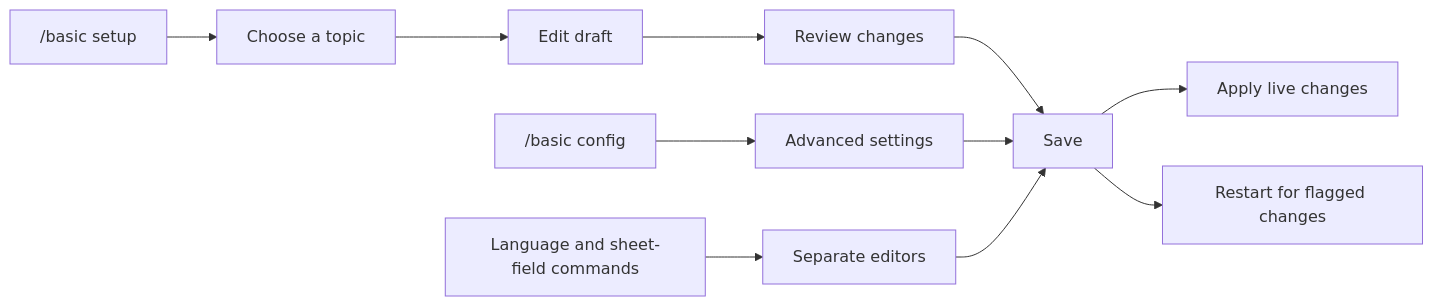
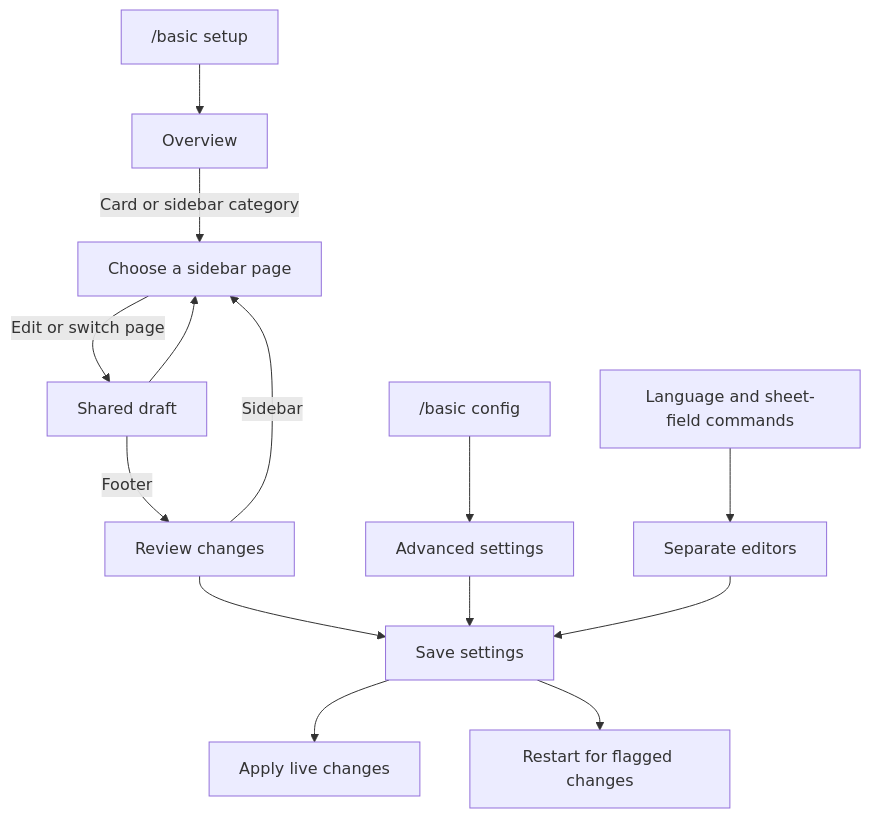
The first of 3 diagrams in mods-dll/thebasics/docs/FEATURES.md (BASIC-BIT/Vintage-Story-Mods), drawn with Mermaid before and after one commit. The commit also changed other lines of this file and 8 other files, not shown here.

Commit message:
Replace setup wizard tabs with expandable sidebar navigation

````diff
--- a/mods-dll/thebasics/docs/FEATURES.md
+++ b/mods-dll/thebasics/docs/FEATURES.md
@@ -94,8 +95,14 @@
 ```mermaid
-flowchart LR
-    Setup["/basic setup"] --> Topics[Choose a topic] --> Draft[Edit draft] --> Review[Review changes] --> Save[Save]
+flowchart TD
+    Setup["/basic setup"] --> Overview
+    Overview -->|Card or sidebar category| Page[Choose a sidebar page]
+    Page -->|Edit or switch page| Draft[Shared draft]
+    Draft --> Page
+    Draft -->|Footer| Review[Review changes]
+    Review -->|Sidebar| Page
+    Review --> Save[Save settings]
     Config["/basic config"] --> Advanced[Advanced settings] --> Save
     Dedicated["Language and sheet-field commands"] --> Editors[Separate editors] --> Save
     Save --> Live[Apply live changes]
     Save --> Restart[Restart for flagged changes]
 ```
````
